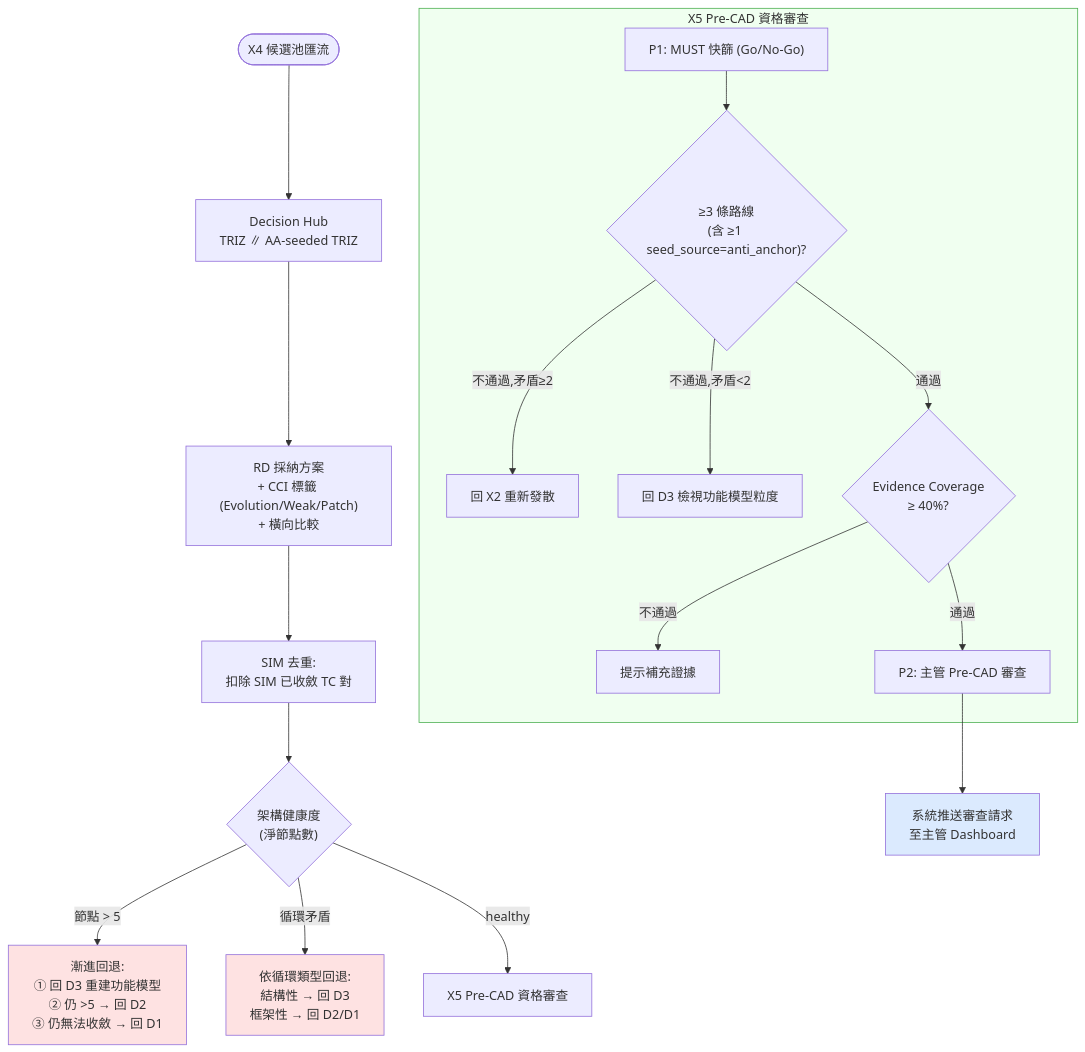
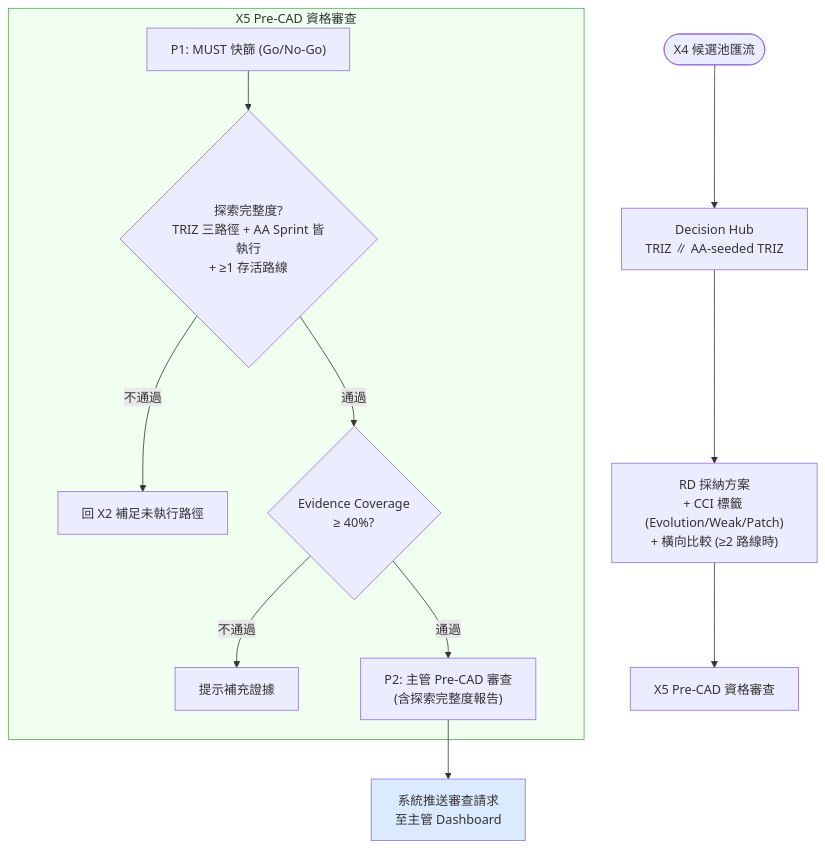
The fourth of 5 diagrams in docs/01-define/E3--system-interaction-flow.md (Zenobia0000/RD_copilot_system), drawn with Mermaid before and after one commit. The commit also changed other lines of this file and 9 other files, not shown here.

````diff
--- a/docs/01-define/E3--system-interaction-flow.md
+++ b/docs/01-define/E3--system-interaction-flow.md
@@ -308,27 +313,20 @@
 ```mermaid
 flowchart TD
     Start(["X4 候選池匯流"]) --> Hub["Decision Hub<br/>TRIZ ∥ AA-seeded TRIZ"]
-    Hub --> Adopt["RD 採納方案<br/>+ CCI 標籤 (Evolution/Weak/Patch)<br/>+ 橫向比較"]
+    Hub --> Adopt["RD 採納方案<br/>+ CCI 標籤 (Evolution/Weak/Patch)<br/>+ 橫向比較 (≥2 路線時)"]
 
-    Adopt --> SimDedup["SIM 去重:<br/>扣除 SIM 已收斂 TC 對"]
-    SimDedup --> Heat{"架構健康度<br/>(淨節點數)"}
-    Heat -->|節點 > 5| Halt1["漸進回退:<br/>① 回 D3 重建功能模型<br/>② 仍 >5 → 回 D2<br/>③ 仍無法收斂 → 回 D1"]
-    Heat -->|循環矛盾| Halt2["依循環類型回退:<br/>結構性 → 回 D3<br/>框架性 → 回 D2/D1"]
-    Heat -->|healthy| X5["X5 Pre-CAD 資格審查"]
+    Adopt --> X5["X5 Pre-CAD 資格審查"]
 
     subgraph X5sub ["X5 Pre-CAD 資格審查"]
-        MUST["P1: MUST 快篩 (Go/No-Go)"] --> RouteCheck{"≥3 條路線<br/>(含 ≥1 seed_source=anti_anchor)?"}
-    RouteCheck -->|不通過,矛盾≥2| Back["回 X2 重新發散"]
-    RouteCheck -->|不通過,矛盾<2| Back2["回 D3 檢視功能模型粒度"]
-    RouteCheck -->|通過| EvCheck{"Evidence Coverage<br/>≥ 40%?"}
+        MUST["P1: MUST 快篩 (Go/No-Go)"] --> ExploreCheck{"探索完整度?<br/>TRIZ 三路徑 + AA Sprint 皆執行<br/>+ ≥1 存活路線"}
+    ExploreCheck -->|不通過| Back["回 X2 補足未執行路徑"]
+    ExploreCheck -->|通過| EvCheck{"Evidence Coverage<br/>≥ 40%?"}
     EvCheck -->|不通過| BackEv["提示補充證據"]
-    EvCheck -->|通過| GateP["P2: 主管 Pre-CAD 審查"]
+    EvCheck -->|通過| GateP["P2: 主管 Pre-CAD 審查<br/>(含探索完整度報告)"]
     end
 
     GateP --> Notify["系統推送審查請求<br/>至主管 Dashboard"]
 
-    style Halt1 fill:#FEE2E2
-    style Halt2 fill:#FEE2E2
     style Notify fill:#DBEAFE
     style X5sub fill:#F0FFF0,stroke:#4CAF50
 ```
````
